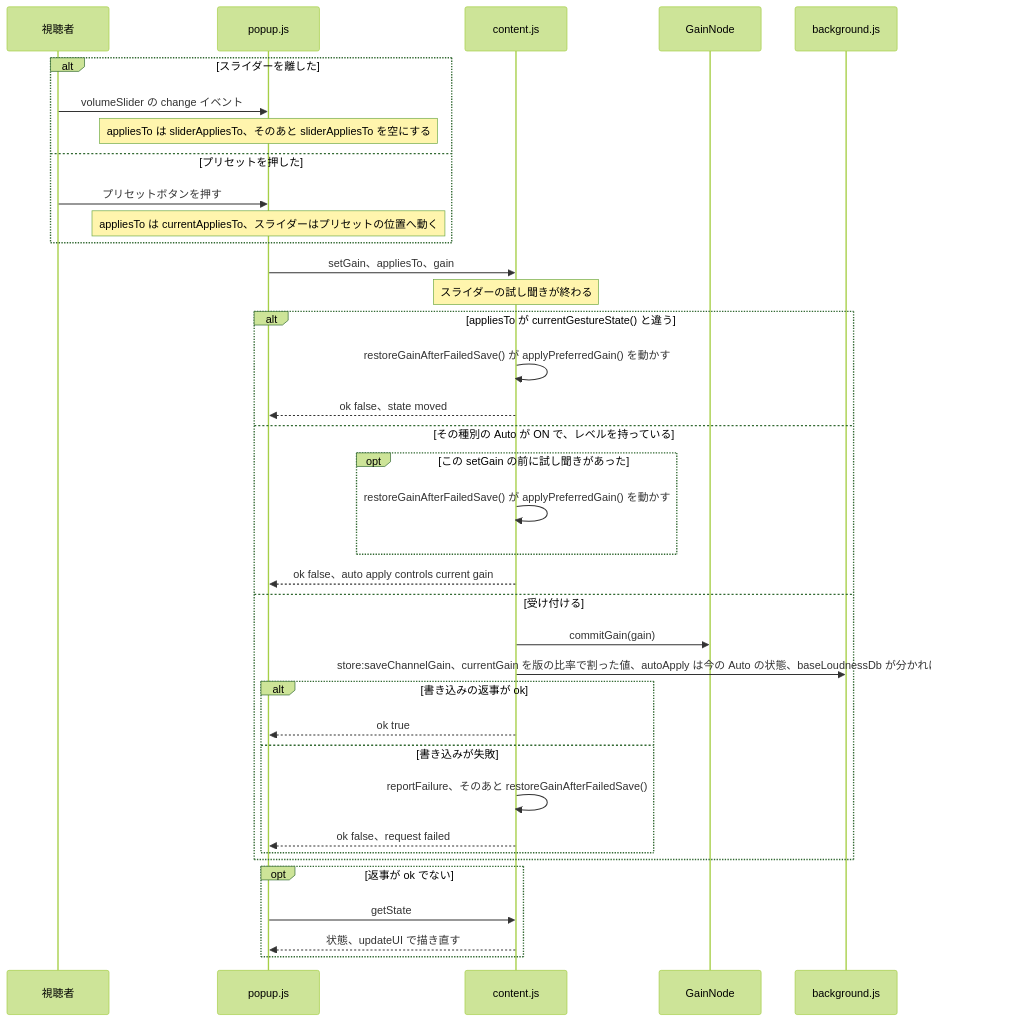
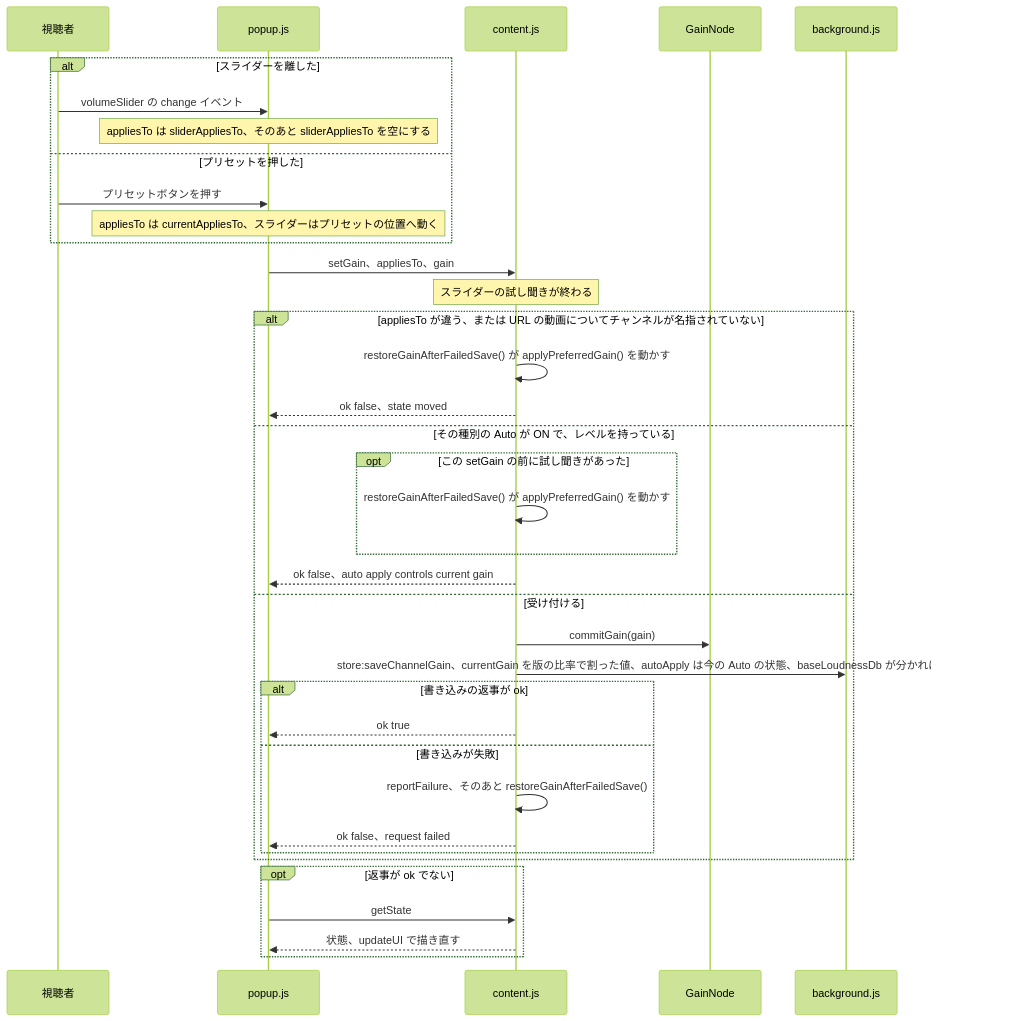
One commit to semnil/yt-channel-volume changed the fourth of 14 diagrams in docs/gain-change-and-save.ja.md. Above: the diagram before and after it, drawn with Mermaid (forest theme). The commit also changed other lines of this file and 5 other files, not shown here.

````diff
--- a/docs/gain-change-and-save.ja.md
+++ b/docs/gain-change-and-save.ja.md
@@ -201,39 +201,39 @@
 ```mermaid
 sequenceDiagram
   participant V as 視聴者
   participant P as popup.js
   participant C as content.js
   participant G as GainNode
   participant W as background.js
   alt スライダーを離した
     V->>P: volumeSlider の change イベント
     Note over P: appliesTo は sliderAppliesTo、そのあと sliderAppliesTo を空にする
   else プリセットを押した
     V->>P: プリセットボタンを押す
     Note over P: appliesTo は currentAppliesTo、スライダーはプリセットの位置へ動く
   end
   P->>C: setGain、appliesTo、gain
   Note over C: スライダーの試し聞きが終わる
-  alt appliesTo が currentGestureState() と違う
+  alt appliesTo が違う、または URL の動画についてチャンネルが名指されていない
     C->>C: restoreGainAfterFailedSave() が applyPreferredGain() を動かす
     C-->>P: ok false、state moved
   else その種別の Auto が ON で、レベルを持っている
     opt この setGain の前に試し聞きがあった
       C->>C: restoreGainAfterFailedSave() が applyPreferredGain() を動かす
     end
     C-->>P: ok false、auto apply controls current gain
   else 受け付ける
     C->>G: commitGain(gain)
     C->>W: store:saveChannelGain、currentGain を版の比率で割った値、autoApply は今の Auto の状態、baseLoudnessDb が分かれば heldAgainstPlain
     alt 書き込みの返事が ok
       C-->>P: ok true
     else 書き込みが失敗
       C->>C: reportFailure、そのあと restoreGainAfterFailedSave()
       C-->>P: ok false、request failed
     end
   end
   opt 返事が ok でない
     P->>C: getState
     C-->>P: 状態、updateUI で描き直す
   end
 ```
````
